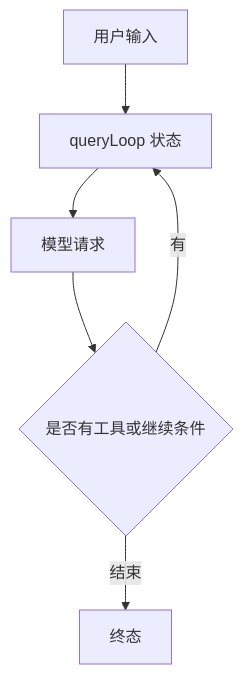
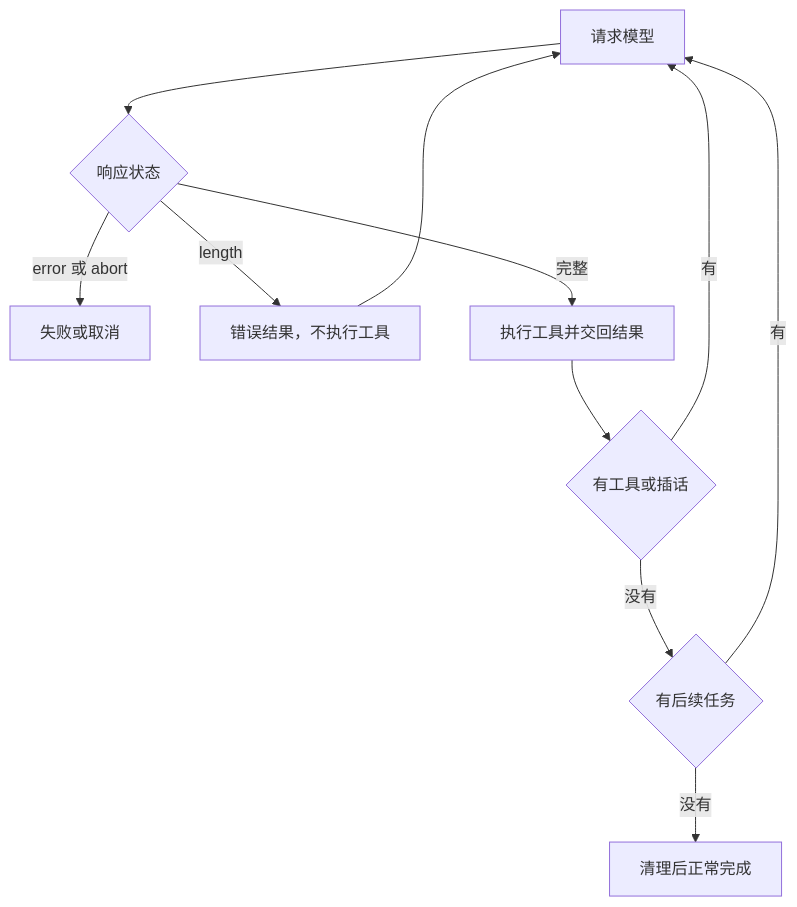
Before and after one commit to Jialei-03/learn-claude-code: the diagram in course/01-one-run.md, drawn with Mermaid. The commit also changed other lines of this file and 68 other files, not shown here.

````diff
--- a/course/01-one-run.md
+++ b/course/01-one-run.md
@@ -37,8 +38,13 @@
 ```mermaid
 flowchart TD
-  Input[用户输入] --> Loop[queryLoop 状态]
-  Loop --> Model[模型请求]
-  Model --> Tool{是否有工具或继续条件}
-  Tool -->|有| Loop
-  Tool -->|结束| Terminal[终态]
+  Q[请求模型] --> R{响应状态}
+  R -->|error 或 abort| F[失败或取消]
+  R -->|length| P[错误结果，不执行工具]
+  P --> Q
+  R -->|完整| T[执行工具并交回结果]
+  T --> C{有工具或插话}
+  C -->|有| Q
+  C -->|没有| N{有后续任务}
+  N -->|有| Q
+  N -->|没有| D[清理后正常完成]
 ```
````
